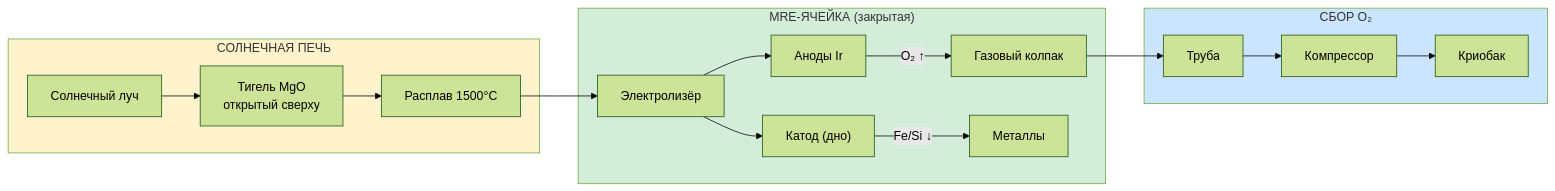
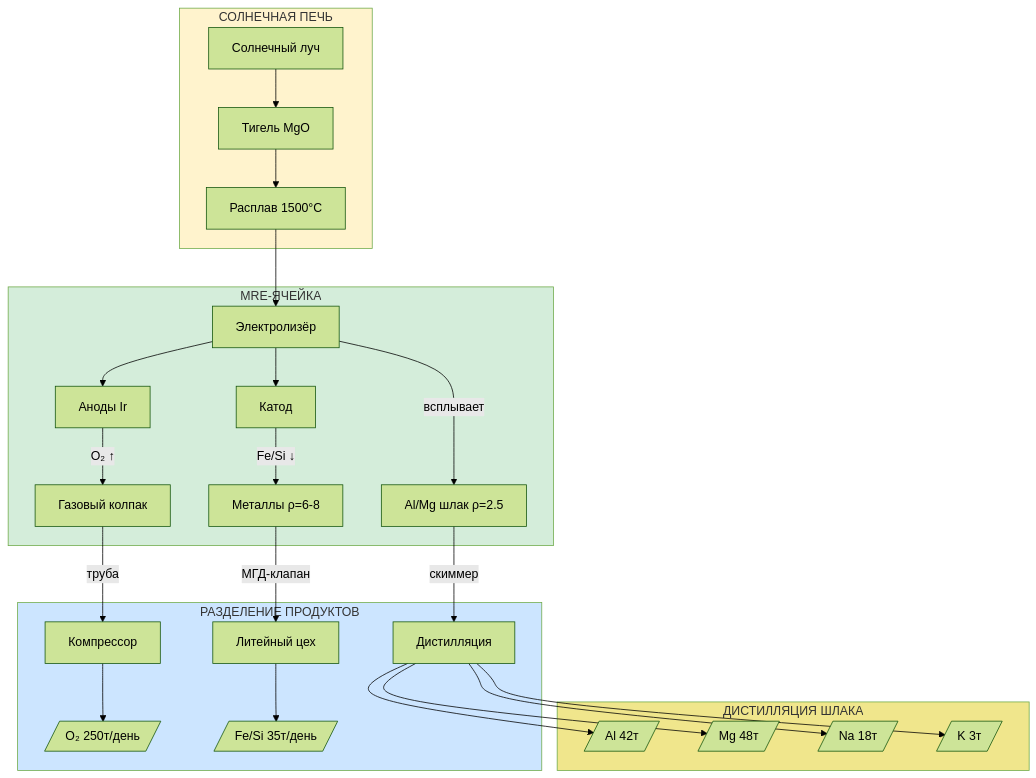
One commit to DmitryNasikanov/infinite-energy changed the diagram in ru/science/calculations/line-mre.qmd. Above: the diagram before and after it, drawn with Mermaid (forest theme). The commit also changed other lines of this file and 6 other files, not shown here.

````diff
--- a/ru/science/calculations/line-mre.qmd
+++ b/ru/science/calculations/line-mre.qmd
@@ -186,25 +100,31 @@
 ```{mermaid}
-flowchart LR
+flowchart TD
     subgraph ПЕЧЬ["СОЛНЕЧНАЯ ПЕЧЬ"]
-        SUN["Солнечный луч"] --> CRUCIBLE["Тигель MgO<br/>открытый сверху"]
+        SUN["Солнечный луч"] --> CRUCIBLE["Тигель MgO"]
         CRUCIBLE --> MELT["Расплав 1500°C"]
     end
 
-    subgraph ЯЧЕЙКА["MRE-ЯЧЕЙКА (закрытая)"]
+    subgraph ЯЧЕЙКА["MRE-ЯЧЕЙКА"]
         MELT --> CELL["Электролизёр"]
         CELL --> ANODE["Аноды Ir"]
-        CELL --> CATHODE["Катод (дно)"]
+        CELL --> CATHODE["Катод"]
         ANODE -->|"O₂ ↑"| CAP["Газовый колпак"]
-        CATHODE -->|"Fe/Si ↓"| METAL["Металлы"]
+        CATHODE -->|"Fe/Si ↓"| METAL["Металлы ρ=6-8"]
+        CELL -->|"всплывает"| SLAG["Al/Mg шлак ρ=2.5"]
     end
 
-    subgraph СБОР["СБОР O₂"]
-        CAP --> PIPE["Труба"]
-        PIPE --> COMP["Компрессор"]
-        COMP --> TANK["Криобак"]
+    subgraph ВЫХОДЫ["РАЗДЕЛЕНИЕ ПРОДУКТОВ"]
+        CAP -->|"труба"| COMP["Компрессор"] --> TANK[/"O₂ 250т/день"/]
+        METAL -->|"МГД-клапан"| CAST["Литейный цех"] --> FeSi[/"Fe/Si 35т/день"/]
+        SLAG -->|"скиммер"| DIST["Дистилляция"]
+    end
+
+    subgraph ДИСТ["ДИСТИЛЛЯЦИЯ ШЛАКА"]
+        DIST --> Al[/"Al 42т"/] & Mg[/"Mg 48т"/] & Na[/"Na 18т"/] & K[/"K 3т"/]
     end
 
     style ПЕЧЬ fill:#fff3cd
     style ЯЧЕЙКА fill:#d4edda
-    style СБОР fill:#cce5ff
+    style ВЫХОДЫ fill:#cce5ff
+    style ДИСТ fill:#f0e68c
 ```
````
